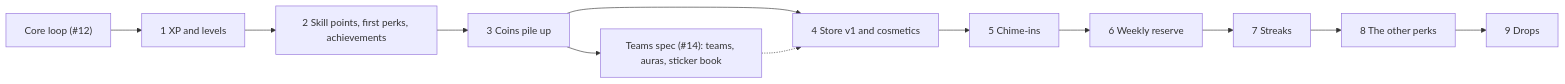
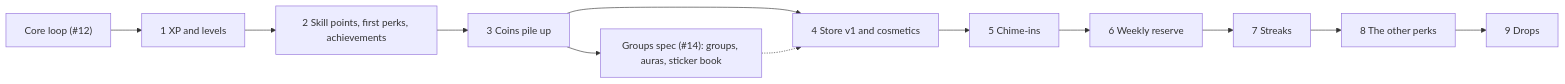
Before and after one commit to Silthus/kudos: the diagram in spec/progression-stopping-points.md, drawn with Mermaid. The commit also changed other lines of this file and 3 other files, not shown here.

First line of the commit message:
Apply Michael's approval and the groups grilling's amendments to the progression spec

````diff
--- a/spec/progression-stopping-points.md
+++ b/spec/progression-stopping-points.md
@@ -7,14 +7,14 @@
 ```mermaid
 flowchart LR
   CORE["Core loop (#12)"] --> S1["1 XP and levels"]
   S1 --> S2["2 Skill points, first perks, achievements"]
   S2 --> S3["3 Coins pile up"]
-  S3 --> TEAMS["Teams spec (#14): teams, auras, sticker book"]
+  S3 --> GROUPS["Groups spec (#14): groups, auras, sticker book"]
   S3 --> S4["4 Store v1 and cosmetics"]
-  TEAMS -.-> S4
+  GROUPS -.-> S4
   S4 --> S5["5 Chime-ins"]
   S5 --> S6["6 Weekly reserve"]
   S6 --> S7["7 Streaks"]
   S7 --> S8["8 The other perks"]
   S8 --> S9["9 Drops"]
 ```
````
